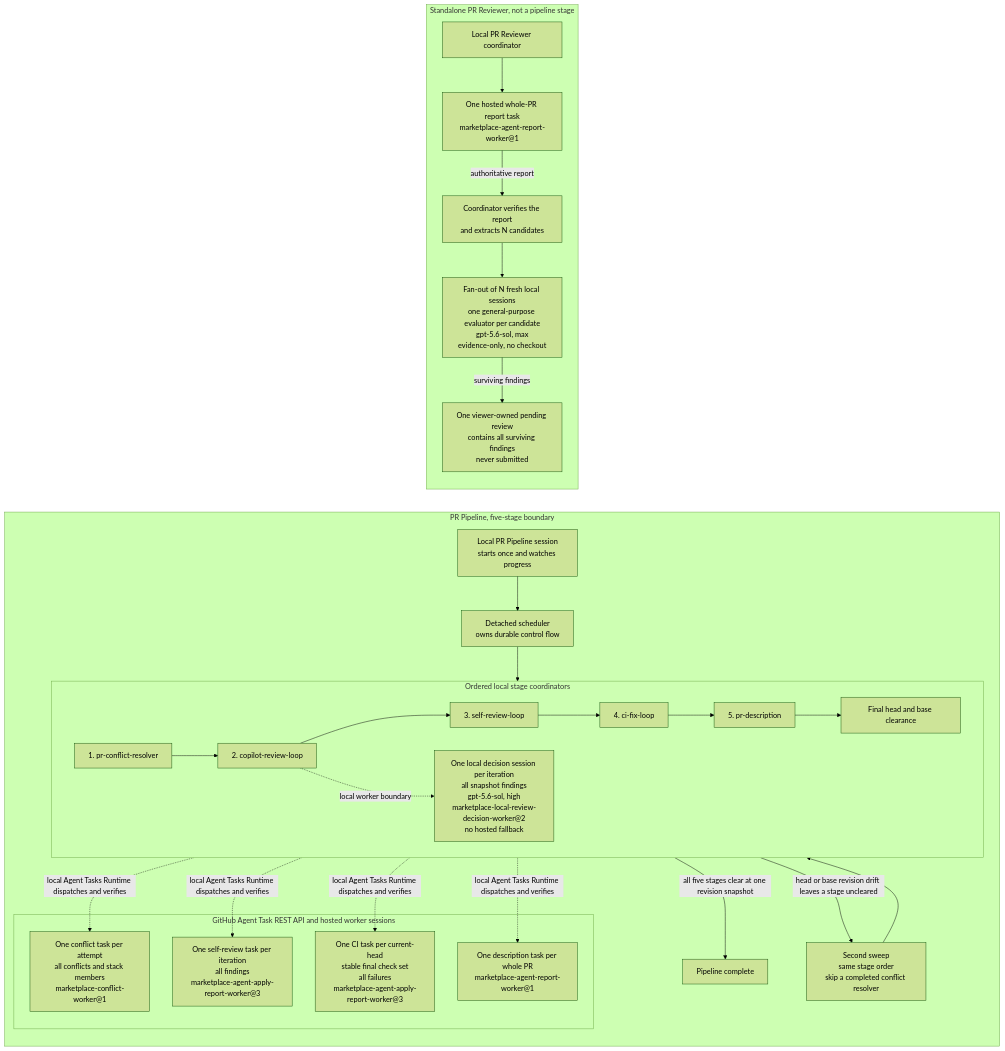
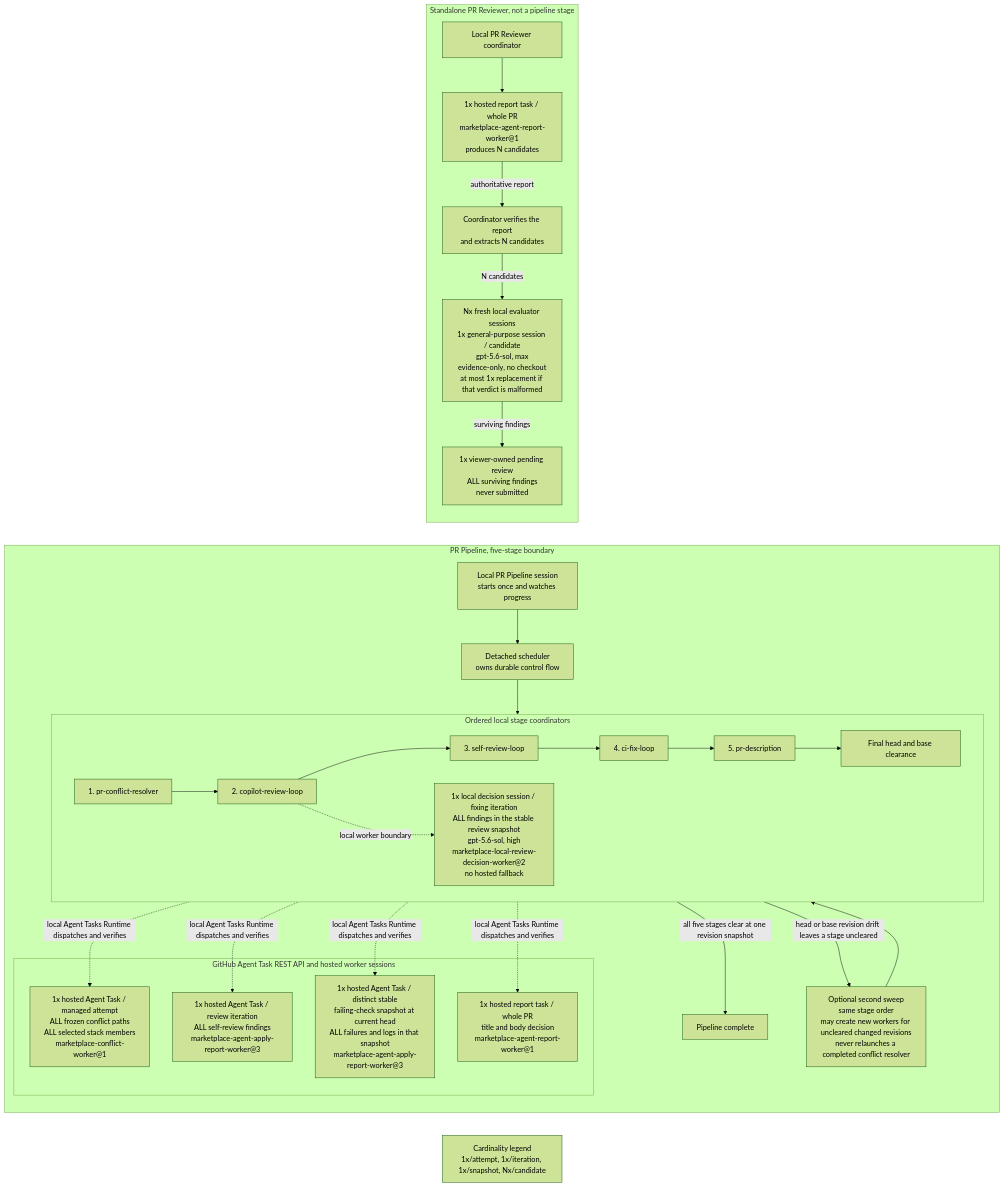
The diagram in plugins/pr-pipeline/README.md (trask/copilot-plugins), drawn with Mermaid (forest theme) before and after one commit. The commit also changed other lines of this file, not shown here.

Commit message:
Expose pipeline worker cardinality

````diff
--- a/plugins/pr-pipeline/README.md
+++ b/plugins/pr-pipeline/README.md
@@ -5,55 +5,57 @@
 ```mermaid
 flowchart LR
     subgraph pipeline["PR Pipeline, five-stage boundary"]
         direction TB
         request["Local PR Pipeline session<br/>starts once and watches progress"]
         scheduler["Detached scheduler<br/>owns durable control flow"]
         request --> scheduler
 
         subgraph local["Ordered local stage coordinators"]
             direction LR
             conflict["1. pr-conflict-resolver"]
             copilotReview["2. copilot-review-loop"]
             selfReview["3. self-review-loop"]
             ciFix["4. ci-fix-loop"]
             description["5. pr-description"]
             clearance["Final head and base clearance"]
 
             conflict --> copilotReview --> selfReview --> ciFix --> description --> clearance
-            reviewWorker["One local decision session per iteration<br/>all snapshot findings<br/>gpt-5.6-sol, high<br/>marketplace-local-review-decision-worker@2<br/>no hosted fallback"]
+            reviewWorker["1x local decision session / fixing iteration<br/>ALL findings in the stable review snapshot<br/>gpt-5.6-sol, high<br/>marketplace-local-review-decision-worker@2<br/>no hosted fallback"]
             copilotReview -. "local worker boundary" .-> reviewWorker
         end
 
         scheduler --> conflict
 
         subgraph hosted["GitHub Agent Task REST API and hosted worker sessions"]
-            conflictWorker["One conflict task per attempt<br/>all conflicts and stack members<br/>marketplace-conflict-worker@1"]
-            selfReviewWorker["One self-review task per iteration<br/>all findings<br/>marketplace-agent-apply-report-worker@3"]
-            ciWorker["One CI task per current-head<br/>stable final check set<br/>all failures<br/>marketplace-agent-apply-report-worker@3"]
-            descriptionWorker["One description task per whole PR<br/>marketplace-agent-report-worker@1"]
+            conflictWorker["1x hosted Agent Task / managed attempt<br/>ALL frozen conflict paths<br/>ALL selected stack members<br/>marketplace-conflict-worker@1"]
+            selfReviewWorker["1x hosted Agent Task / review iteration<br/>ALL self-review findings<br/>marketplace-agent-apply-report-worker@3"]
+            ciWorker["1x hosted Agent Task / distinct stable<br/>failing-check snapshot at current head<br/>ALL failures and logs in that snapshot<br/>marketplace-agent-apply-report-worker@3"]
+            descriptionWorker["1x hosted report task / whole PR<br/>title and body decision<br/>marketplace-agent-report-worker@1"]
         end
 
         conflict -. "local Agent Tasks Runtime dispatches and verifies" .-> conflictWorker
         selfReview -. "local Agent Tasks Runtime dispatches and verifies" .-> selfReviewWorker
         ciFix -. "local Agent Tasks Runtime dispatches and verifies" .-> ciWorker
         description -. "local Agent Tasks Runtime dispatches and verifies" .-> descriptionWorker
 
         clearance -->|"all five stages clear at one revision snapshot"| done["Pipeline complete"]
-        clearance -->|"head or base revision drift leaves a stage uncleared"| second["Second sweep<br/>same stage order<br/>skip a completed conflict resolver"]
+        clearance -->|"head or base revision drift leaves a stage uncleared"| second["Optional second sweep<br/>same stage order<br/>may create new workers for uncleared changed revisions<br/>never relaunches a completed conflict resolver"]
         second --> conflict
     end
 
     subgraph reviewer["Standalone PR Reviewer, not a pipeline stage"]
         direction TB
         reviewerCoordinator["Local PR Reviewer coordinator"]
-        reviewerWorker["One hosted whole-PR report task<br/>marketplace-agent-report-worker@1"]
+        reviewerWorker["1x hosted report task / whole PR<br/>marketplace-agent-report-worker@1<br/>produces N candidates"]
         candidates["Coordinator verifies the report<br/>and extracts N candidates"]
-        evaluators["Fan-out of N fresh local sessions<br/>one general-purpose evaluator per candidate<br/>gpt-5.6-sol, max<br/>evidence-only, no checkout"]
-        pendingReview["One viewer-owned pending review<br/>contains all surviving findings<br/>never submitted"]
+        evaluators["Nx fresh local evaluator sessions<br/>1x general-purpose session / candidate<br/>gpt-5.6-sol, max<br/>evidence-only, no checkout<br/>at most 1x replacement if that verdict is malformed"]
+        pendingReview["1x viewer-owned pending review<br/>ALL surviving findings<br/>never submitted"]
 
         reviewerCoordinator --> reviewerWorker
         reviewerWorker -->|"authoritative report"| candidates
-        candidates --> evaluators
+        candidates -->|"N candidates"| evaluators
         evaluators -->|"surviving findings"| pendingReview
     end
+
+    legend["Cardinality legend<br/>1x/attempt, 1x/iteration, 1x/snapshot, Nx/candidate"]
 ```
````
